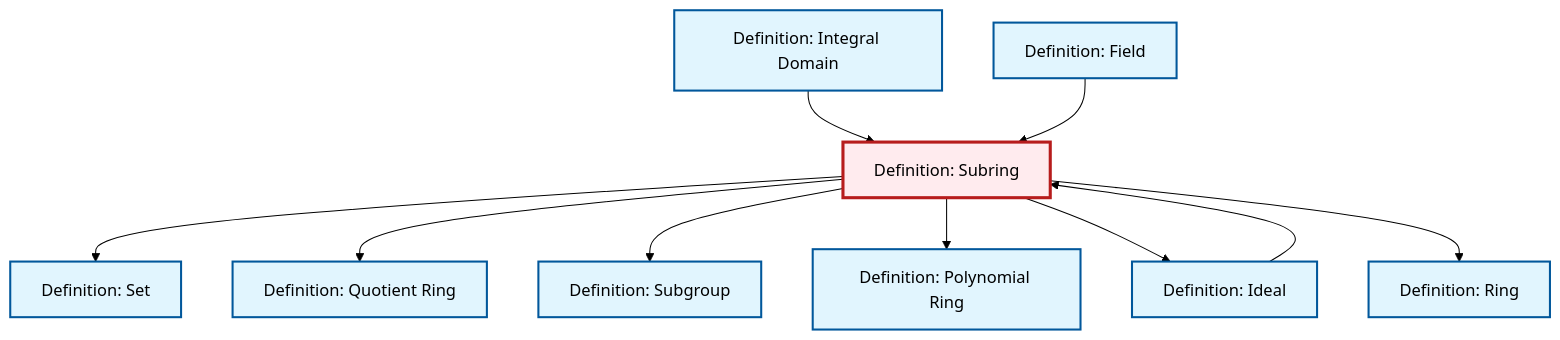
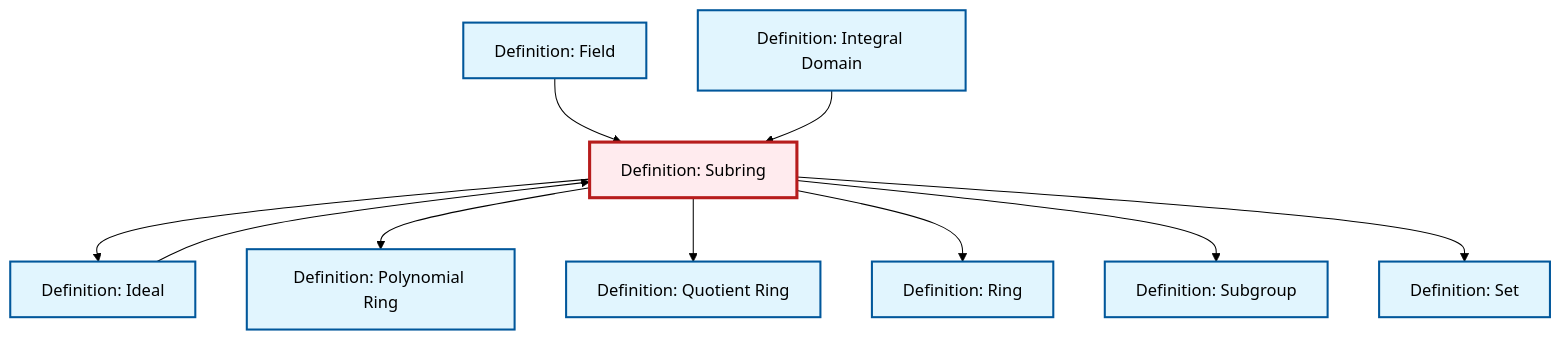
Before and after one commit to RK0429/ModernMath: the diagram in content/ja/algebra/def-subring.qmd, drawn with Mermaid (forest theme). The commit also changed other lines of this file and 654 other files, not shown here.

First line of the commit message:
fix: Update cross-references to equivalence relation in quotient ring definitions

````diff
--- a/content/ja/algebra/def-subring.qmd
+++ b/content/ja/algebra/def-subring.qmd
@@ -85,36 +85,36 @@
 ```{mermaid}
 %%| fig-cap: "Local dependency graph"
 graph TD
     classDef definition fill:#e1f5fe,stroke:#01579b,stroke-width:2px
     classDef theorem fill:#f3e5f5,stroke:#4a148c,stroke-width:2px
     classDef axiom fill:#fff3e0,stroke:#e65100,stroke-width:2px
     classDef example fill:#e8f5e9,stroke:#1b5e20,stroke-width:2px
     classDef current fill:#ffebee,stroke:#b71c1c,stroke-width:3px
+    def-set["Definition: Set"]:::definition
+    def-polynomial-ring["Definition: Polynomial Ring"]:::definition
     def-quotient-ring["Definition: Quotient Ring"]:::definition
+    def-field["Definition: Field"]:::definition
+    def-ring["Definition: Ring"]:::definition
     def-subgroup["Definition: Subgroup"]:::definition
-    def-ring["Definition: Ring"]:::definition
+    def-ideal["Definition: Ideal"]:::definition
     def-integral-domain["Definition: Integral Domain"]:::definition
     def-subring["Definition: Subring"]:::definition
-    def-field["Definition: Field"]:::definition
-    def-set["Definition: Set"]:::definition
-    def-ideal["Definition: Ideal"]:::definition
-    def-polynomial-ring["Definition: Polynomial Ring"]:::definition
+    def-field --> def-subring
+    def-subring --> def-ideal
+    def-subring --> def-polynomial-ring
+    def-ideal --> def-subring
     def-integral-domain --> def-subring
+    def-subring --> def-quotient-ring
+    def-subring --> def-ring
+    def-subring --> def-subgroup
     def-subring --> def-set
-    def-ideal --> def-subring
-    def-subring --> def-quotient-ring
-    def-field --> def-subring
-    def-subring --> def-subgroup
-    def-subring --> def-polynomial-ring
-    def-subring --> def-ideal
-    def-subring --> def-ring
     class def-subring current
+    click def-set "def-set.html" "Definition: Setへ"
+    click def-polynomial-ring "def-polynomial-ring.html" "Definition: Polynomial Ringへ"
     click def-quotient-ring "def-quotient-ring.html" "Definition: Quotient Ringへ"
+    click def-field "def-field.html" "Definition: Fieldへ"
+    click def-ring "def-ring.html" "Definition: Ringへ"
     click def-subgroup "def-subgroup.html" "Definition: Subgroupへ"
-    click def-ring "def-ring.html" "Definition: Ringへ"
+    click def-ideal "def-ideal.html" "Definition: Idealへ"
     click def-integral-domain "def-integral-domain.html" "Definition: Integral Domainへ"
-    click def-field "def-field.html" "Definition: Fieldへ"
-    click def-set "def-set.html" "Definition: Setへ"
-    click def-ideal "def-ideal.html" "Definition: Idealへ"
-    click def-polynomial-ring "def-polynomial-ring.html" "Definition: Polynomial Ringへ"
 ```
````
